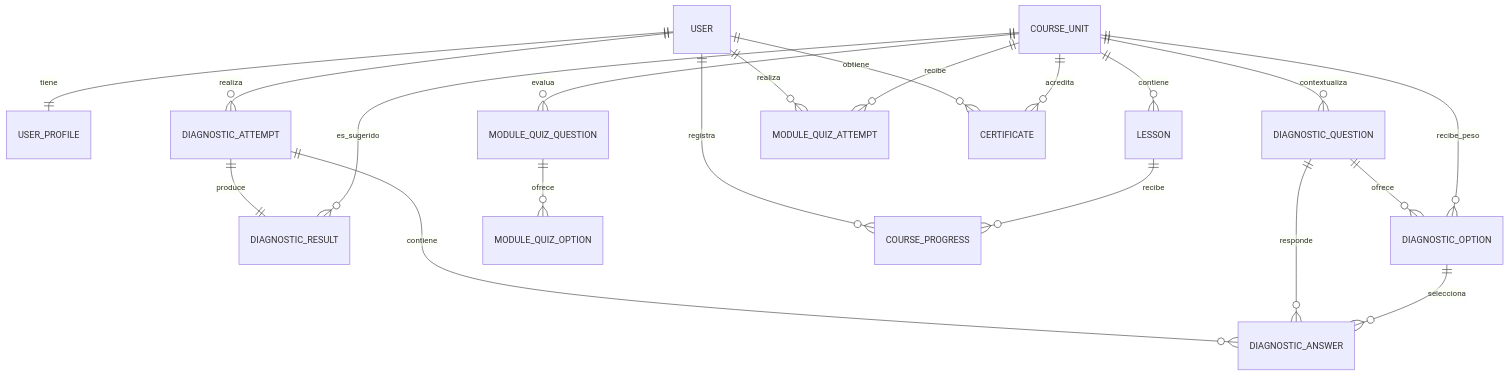
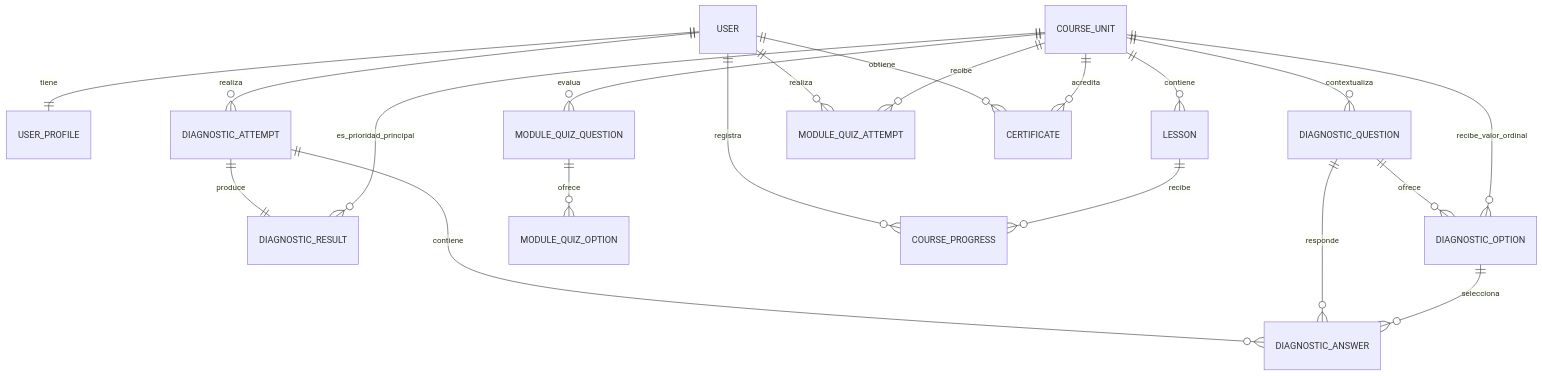
The diagram in docs/modelo_datos.md (Shirley0702/plataforma-ciberacoso), drawn with Mermaid before and after one commit. The commit also changed other lines of this file and 31 other files, not shown here.

````diff
--- a/docs/modelo_datos.md
+++ b/docs/modelo_datos.md
@@ -3,22 +3,22 @@
 ```mermaid
 erDiagram
     USER ||--|| USER_PROFILE : tiene
     USER ||--o{ DIAGNOSTIC_ATTEMPT : realiza
     DIAGNOSTIC_ATTEMPT ||--o{ DIAGNOSTIC_ANSWER : contiene
     DIAGNOSTIC_ATTEMPT ||--|| DIAGNOSTIC_RESULT : produce
     DIAGNOSTIC_QUESTION ||--o{ DIAGNOSTIC_OPTION : ofrece
     DIAGNOSTIC_QUESTION ||--o{ DIAGNOSTIC_ANSWER : responde
     DIAGNOSTIC_OPTION ||--o{ DIAGNOSTIC_ANSWER : selecciona
     COURSE_UNIT ||--o{ DIAGNOSTIC_QUESTION : contextualiza
-    COURSE_UNIT ||--o{ DIAGNOSTIC_OPTION : recibe_peso
-    COURSE_UNIT ||--o{ DIAGNOSTIC_RESULT : es_sugerido
+    COURSE_UNIT ||--o{ DIAGNOSTIC_OPTION : recibe_valor_ordinal
+    COURSE_UNIT ||--o{ DIAGNOSTIC_RESULT : es_prioridad_principal
     COURSE_UNIT ||--o{ LESSON : contiene
     COURSE_UNIT ||--o{ MODULE_QUIZ_QUESTION : evalua
     MODULE_QUIZ_QUESTION ||--o{ MODULE_QUIZ_OPTION : ofrece
     USER ||--o{ COURSE_PROGRESS : registra
     LESSON ||--o{ COURSE_PROGRESS : recibe
     USER ||--o{ MODULE_QUIZ_ATTEMPT : realiza
     COURSE_UNIT ||--o{ MODULE_QUIZ_ATTEMPT : recibe
     USER ||--o{ CERTIFICATE : obtiene
     COURSE_UNIT ||--o{ CERTIFICATE : acredita
 ```
````
